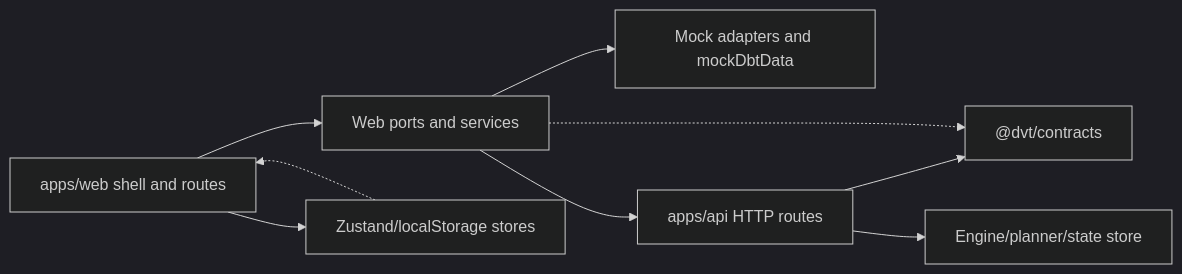
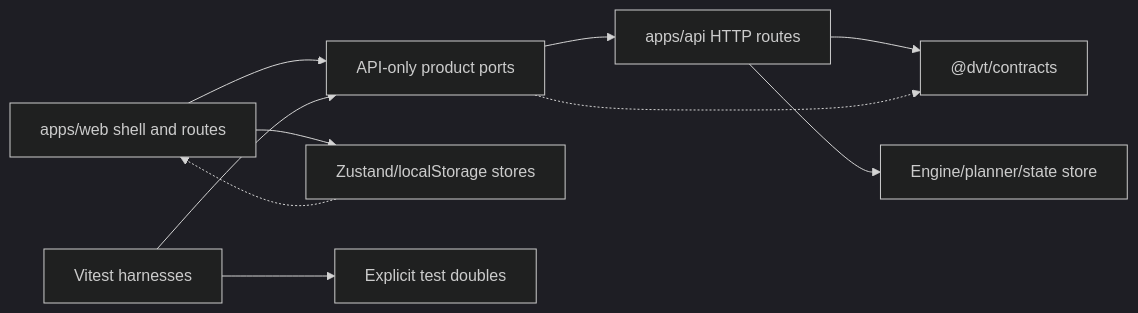
Before and after one commit to dunay2/dvt: the first of 2 diagrams in docs/planning/reviews/20260510-web-api-integration-gap-review.md, drawn with Mermaid (dark theme). The commit also changed other lines of this file and 79 other files, not shown here.

Commit message:
feat(web): Hardcut mock runtime from product composition

````diff
--- a/docs/planning/reviews/20260510-web-api-integration-gap-review.md
+++ b/docs/planning/reviews/20260510-web-api-integration-gap-review.md
@@ -60,19 +61,21 @@
 ```mermaid
 flowchart LR
   Browser["apps/web shell and routes"]
-  Ports["Web ports and services"]
+  Ports["API-only product ports"]
   Stores["Zustand/localStorage stores"]
-  Mock["Mock adapters and mockDbtData"]
+  Tests["Vitest harnesses"]
+  Doubles["Explicit test doubles"]
   API["apps/api HTTP routes"]
   Contracts["@dvt/contracts"]
   Runtime["Engine/planner/state store"]
 
   Browser --> Ports
   Browser --> Stores
   Ports --> API
-  Ports --> Mock
+  Tests --> Doubles
+  Tests --> Ports
   API --> Contracts
   API --> Runtime
   Ports -.-> Contracts
   Stores -.-> Browser
 ```
````
